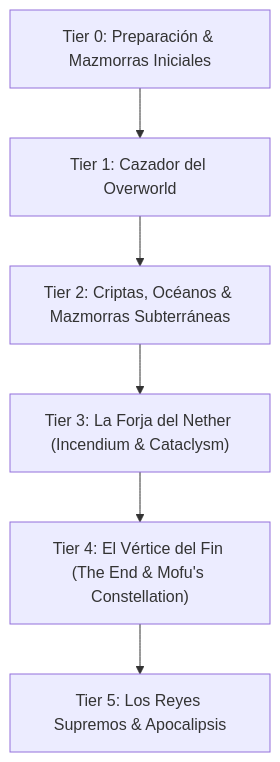
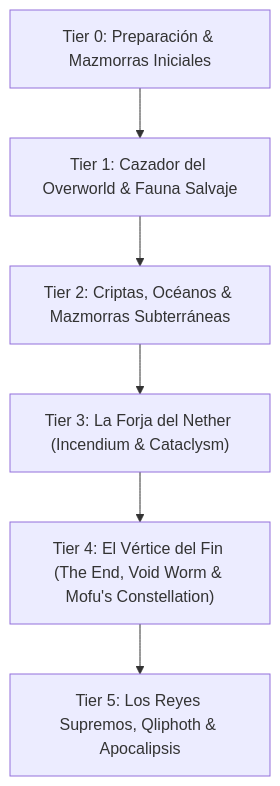
Before and after one commit to JebGy/cenizas-del-cataclismo: the second of 2 diagrams in wiki_modpack.md, drawn with Mermaid. The commit also changed other lines of this file and 12 other files, not shown here.

````diff
--- a/wiki_modpack.md
+++ b/wiki_modpack.md
@@ -202,8 +215,8 @@
 ```mermaid
 graph TD
-    T0["Tier 0: Preparación & Mazmorras Iniciales"] --> T1["Tier 1: Cazador del Overworld"]
+    T0["Tier 0: Preparación & Mazmorras Iniciales"] --> T1["Tier 1: Cazador del Overworld & Fauna Salvaje"]
     T1 --> T2["Tier 2: Criptas, Océanos & Mazmorras Subterráneas"]
     T2 --> T3["Tier 3: La Forja del Nether (Incendium & Cataclysm)"]
-    T3 --> T4["Tier 4: El Vértice del Fin (The End & Mofu's Constellation)"]
-    T4 --> T5["Tier 5: Los Reyes Supremos & Apocalipsis"]
+    T3 --> T4["Tier 4: El Vértice del Fin (The End, Void Worm & Mofu's Constellation)"]
+    T4 --> T5["Tier 5: Los Reyes Supremos, Qliphoth & Apocalipsis"]
 ```
````
